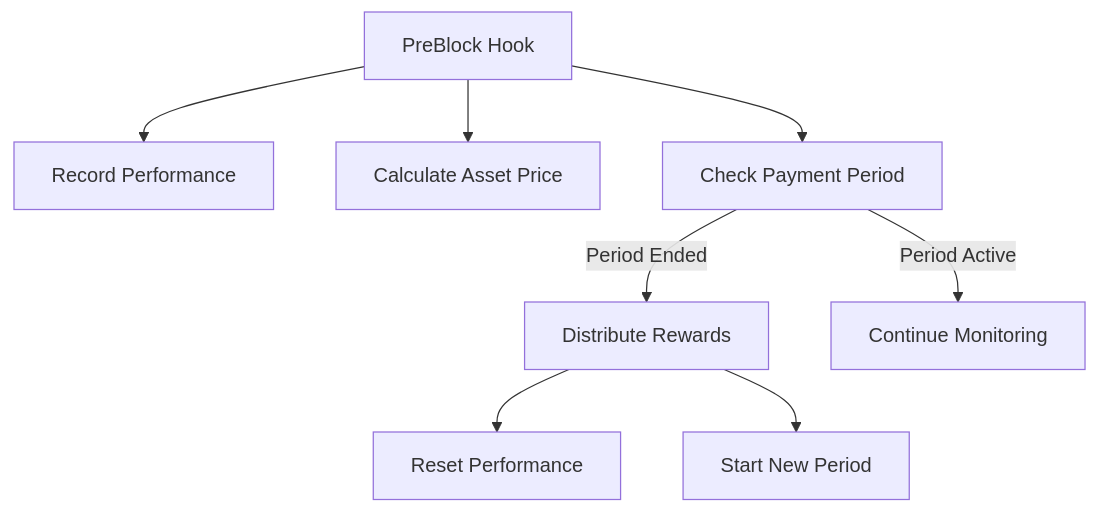
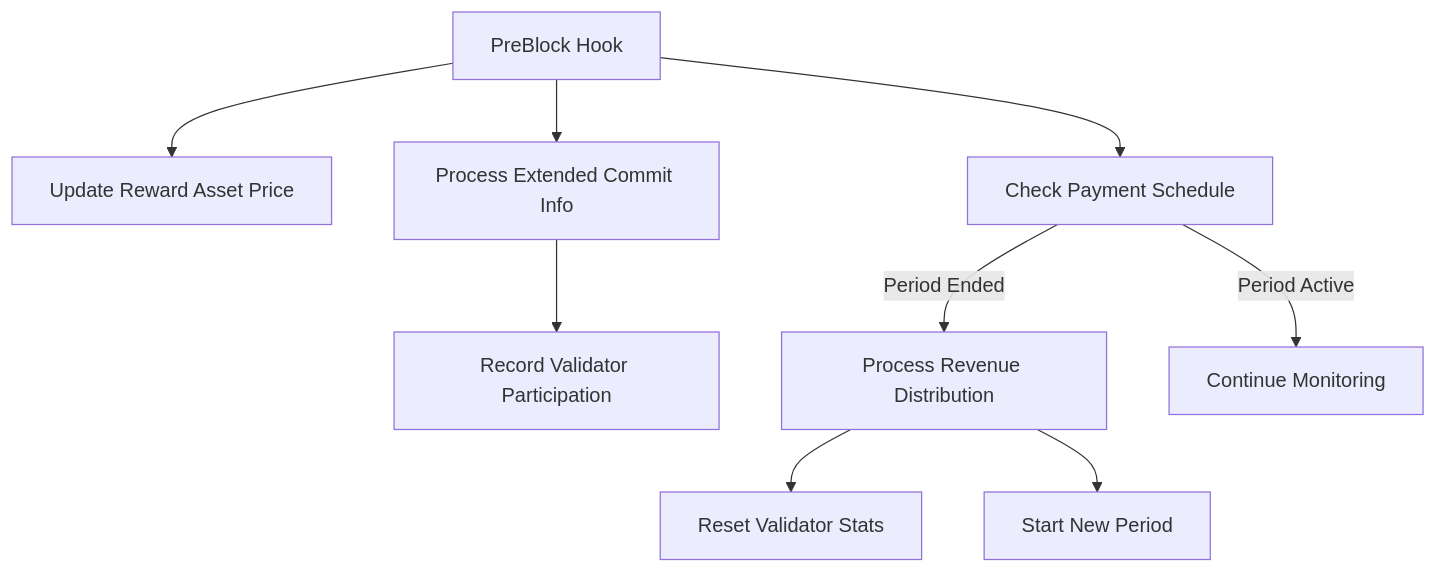
One commit to neutron-org/neutron-docs changed the first of 2 diagrams in developers/modules/revenue/explanation.mdx. Above: the diagram before and after it, drawn with Mermaid. The commit also changed other lines of this file and 2 other files, not shown here.

First paragraph of the commit message:
feat: comprehensive revenue module accuracy audit and corrections
This commit completes the comprehensive accuracy audit of the revenue module documentation, fixing critical inaccuracies to achieve 100% accuracy against source code verification.

````diff
--- a/developers/modules/revenue/explanation.mdx
+++ b/developers/modules/revenue/explanation.mdx
@@ -11,10 +11,11 @@
 ```mermaid
 graph TD
-    A[PreBlock Hook] --> B[Record Performance]
-    A --> C[Calculate Asset Price]
-    A --> D[Check Payment Period]
-    D -->|Period Ended| E[Distribute Rewards]
-    D -->|Period Active| F[Continue Monitoring]
-    E --> G[Reset Performance]
-    E --> H[Start New Period]
+    A[PreBlock Hook] --> B[Update Reward Asset Price]
+    A --> C[Process Extended Commit Info]
+    A --> D[Check Payment Schedule]
+    C --> E[Record Validator Participation]
+    D -->|Period Ended| F[Process Revenue Distribution]
+    D -->|Period Active| G[Continue Monitoring]
+    F --> H[Reset Validator Stats]
+    F --> I[Start New Period]
 ```
````
